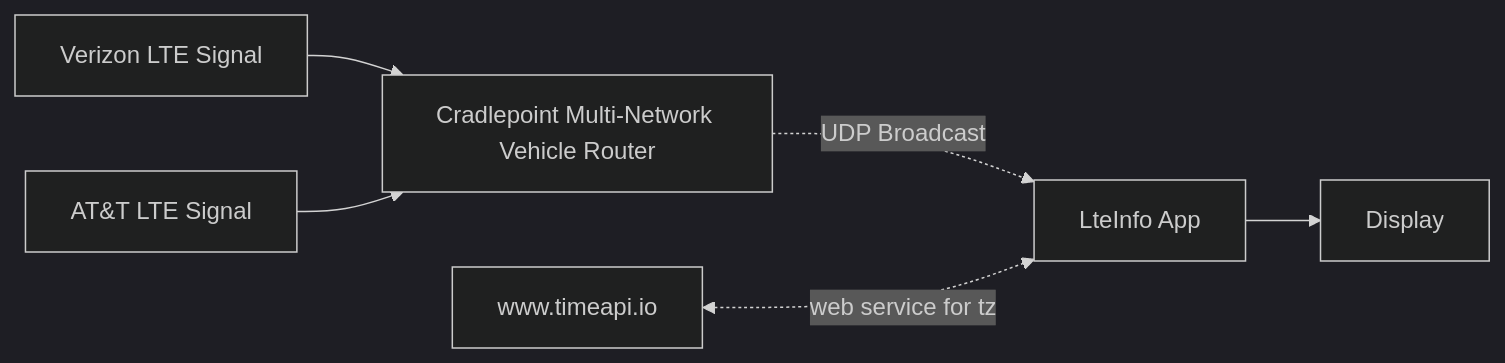
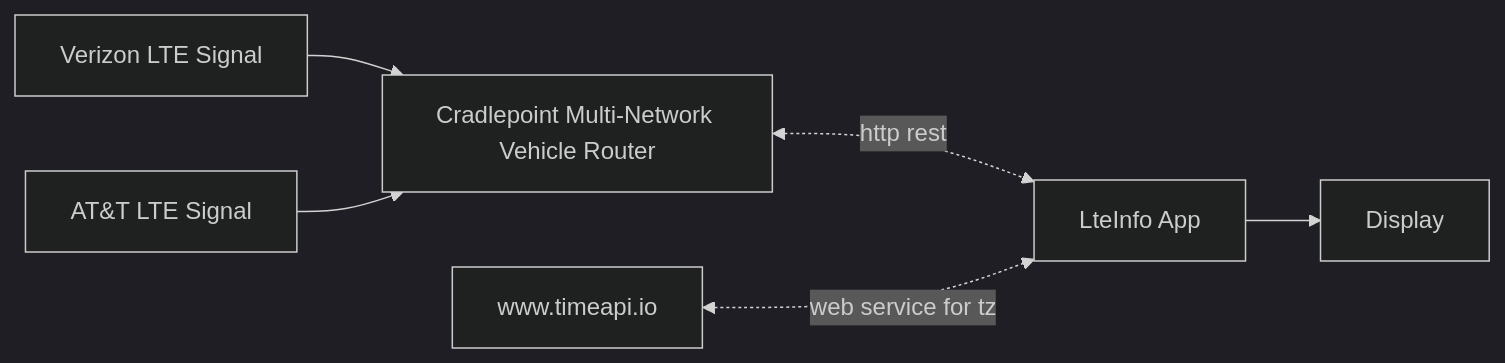
One commit to dgreen/cradleptinfo changed the diagram in README.md. Above: the diagram before and after it, drawn with Mermaid (dark theme). The commit also changed other lines of this file, not shown here.

````diff
--- a/README.md
+++ b/README.md
@@ -10,9 +10,9 @@
 ```mermaid
 flowchart LR
 B[Verizon LTE Signal] --> A[Cradlepoint Multi-Network Vehicle Router]
 ATT[AT&T LTE Signal] --> A
-A -.UDP Broadcast.-> C[LteInfo App]
+A <-.http rest.-> C[LteInfo App]
 D[www.timeapi.io] <-.web service for tz.-> C
 C --> Display
 
 ```
````
